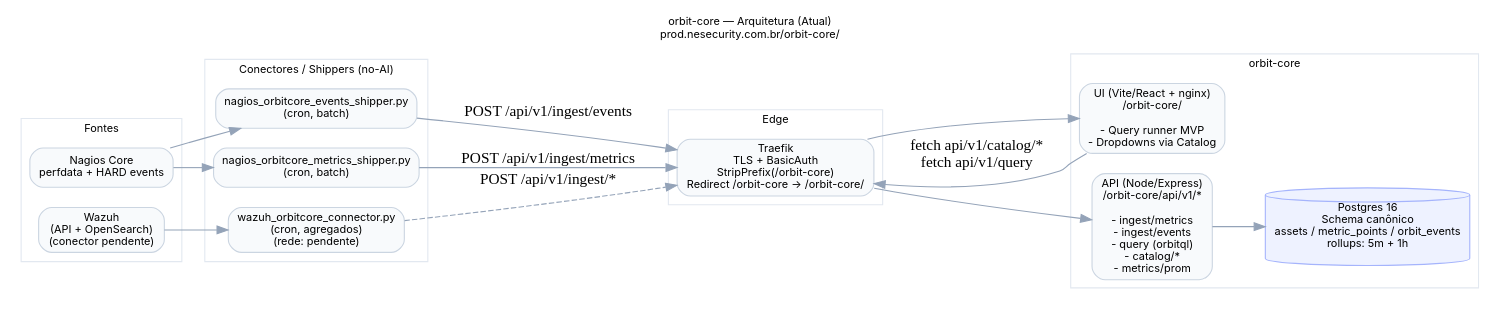
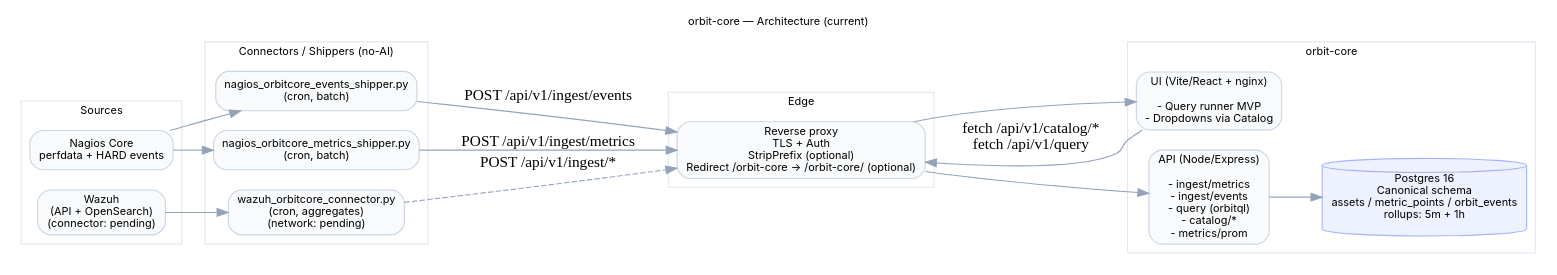
One commit to rmfaria/orbit-core changed the diagram in docs/diagrams/orbit-core-architecture.dot. Above: the diagram before and after it, drawn with Graphviz. The commit also changed 3 other files, not shown here.

Commit message:
docs: english readme + architecture doc/diagram

```diff
--- a/docs/diagrams/orbit-core-architecture.dot
+++ b/docs/diagrams/orbit-core-architecture.dot
@@ -1,49 +1,49 @@
 digraph orbitcore {
   rankdir=LR;
-  graph [fontname="Inter,Helvetica,Arial", fontsize=10, labelloc=t, label="orbit-core — Arquitetura (Atual)\nprod.nesecurity.com.br/orbit-core/", bgcolor="white"];
+  graph [fontname="Inter,Helvetica,Arial", fontsize=10, labelloc=t, label="orbit-core — Architecture (current)", bgcolor="white"];
   node  [shape=box, style="rounded,filled", fontname="Inter,Helvetica,Arial", fontsize=10, fillcolor="#F8FAFC", color="#CBD5E1"];
   edge  [color="#94A3B8"];
 
   subgraph cluster_sources {
-    label="Fontes";
+    label="Sources";
     color="#E2E8F0";
     NAGIOS [label="Nagios Core\nperfdata + HARD events"];
-    WAZUH [label="Wazuh\n(API + OpenSearch)\n(conector pendente)"];
+    WAZUH [label="Wazuh\n(API + OpenSearch)\n(connector: pending)"];
   }
 
   subgraph cluster_connectors {
-    label="Conectores / Shippers (no-AI)";
+    label="Connectors / Shippers (no-AI)";
     color="#E2E8F0";
     MS [label="nagios_orbitcore_metrics_shipper.py\n(cron, batch)"];
     ES [label="nagios_orbitcore_events_shipper.py\n(cron, batch)"];
-    WC [label="wazuh_orbitcore_connector.py\n(cron, agregados)\n(rede: pendente)"];
+    WC [label="wazuh_orbitcore_connector.py\n(cron, aggregates)\n(network: pending)"];
   }
 
   subgraph cluster_edge {
     label="Edge";
     color="#E2E8F0";
-    TRAEFIK [label="Traefik\nTLS + BasicAuth\nStripPrefix(/orbit-core)\nRedirect /orbit-core → /orbit-core/"];
+    RP [label="Reverse proxy\nTLS + Auth\nStripPrefix (optional)\nRedirect /orbit-core → /orbit-core/ (optional)"];
   }
 
   subgraph cluster_core {
     label="orbit-core";
     color="#E2E8F0";
-    UI [label="UI (Vite/React + nginx)\n/orbit-core/\n\n- Query runner MVP\n- Dropdowns via Catalog"];
-    API [label="API (Node/Express)\n/orbit-core/api/v1/*\n\n- ingest/metrics\n- ingest/events\n- query (orbitql)\n- catalog/*\n- metrics/prom"];
-    PG [shape=cylinder, label="Postgres 16\nSchema canônico\nassets / metric_points / orbit_events\nrollups: 5m + 1h" , fillcolor="#EEF2FF", color="#A5B4FC"];
+    UI [label="UI (Vite/React + nginx)\n\n- Query runner MVP\n- Dropdowns via Catalog"];
+    API [label="API (Node/Express)\n\n- ingest/metrics\n- ingest/events\n- query (orbitql)\n- catalog/*\n- metrics/prom"];
+    PG [shape=cylinder, label="Postgres 16\nCanonical schema\nassets / metric_points / orbit_events\nrollups: 5m + 1h" , fillcolor="#EEF2FF", color="#A5B4FC"];
   }
 
   NAGIOS -> MS;
   NAGIOS -> ES;
   WAZUH -> WC;
 
-  MS -> TRAEFIK [label="POST /api/v1/ingest/metrics"];
-  ES -> TRAEFIK [label="POST /api/v1/ingest/events"];
-  WC -> TRAEFIK [style=dashed, label="POST /api/v1/ingest/*"];
+  MS -> RP [label="POST /api/v1/ingest/metrics"];
+  ES -> RP [label="POST /api/v1/ingest/events"];
+  WC -> RP [style=dashed, label="POST /api/v1/ingest/*"];
 
-  TRAEFIK -> API;
-  TRAEFIK -> UI;
+  RP -> API;
+  RP -> UI;
 
-  UI -> TRAEFIK [label="fetch api/v1/catalog/*\nfetch api/v1/query"];
+  UI -> RP [label="fetch /api/v1/catalog/*\nfetch /api/v1/query"];
   API -> PG;
 }
```
